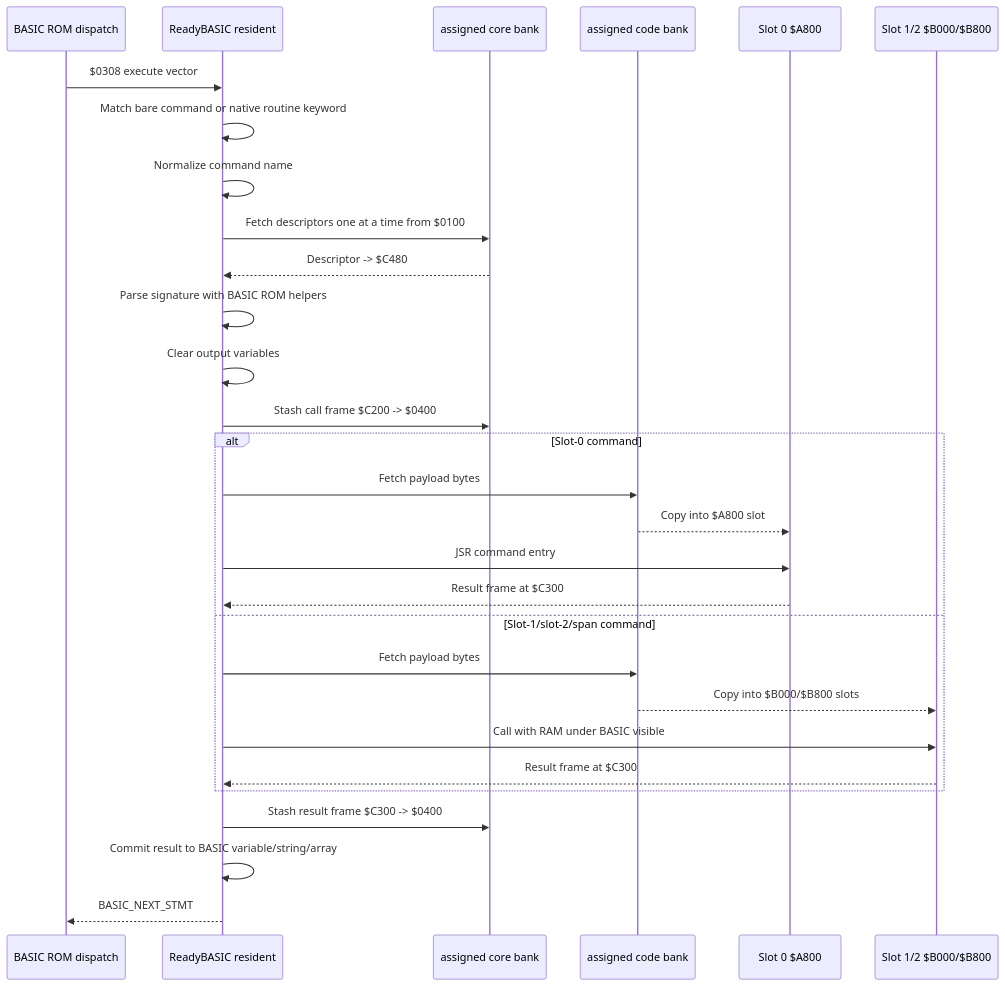
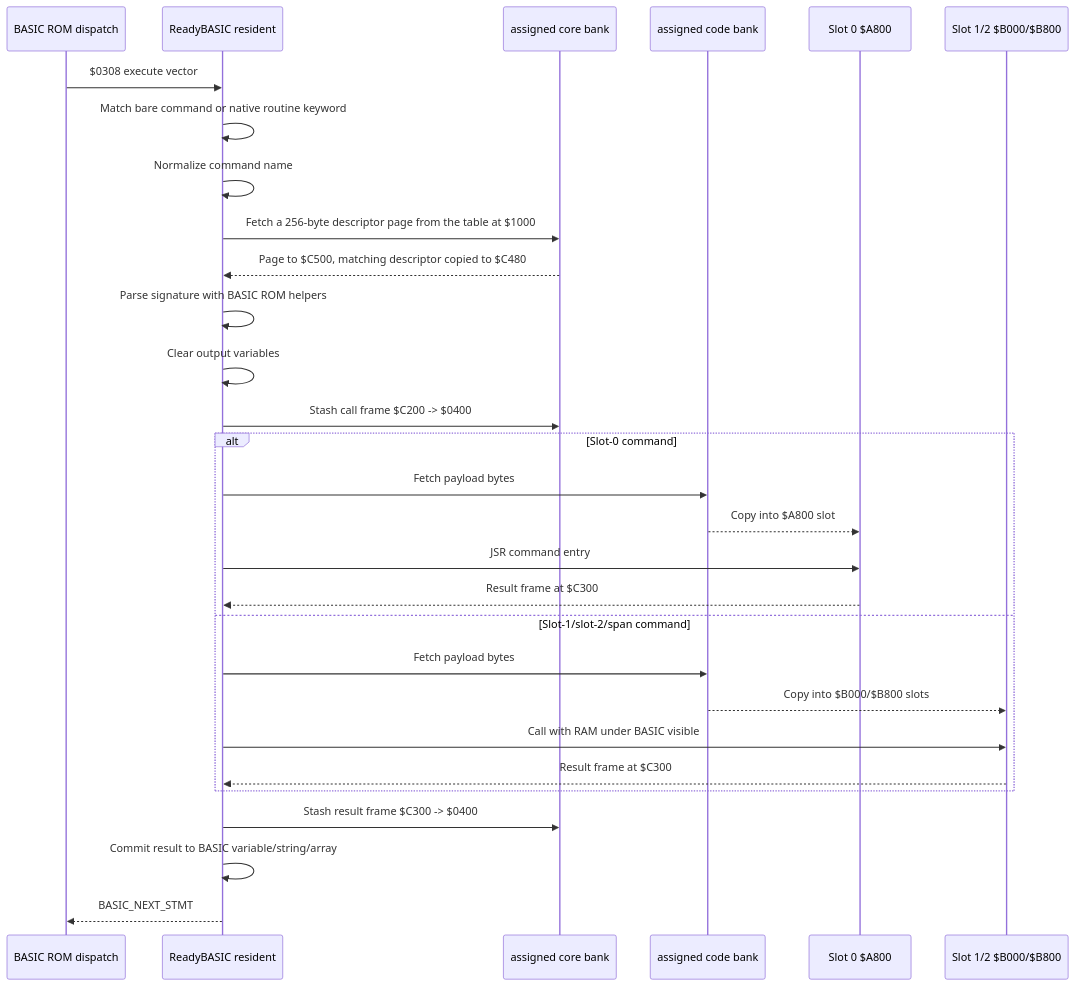
The sixth of 7 diagrams in src/apps/readybasic/READYBASIC_LIFECYCLE_AND_REU_ARCHITECTURE.md (ReadyOS-C64/ReadyOs), drawn with Mermaid before and after one commit. The commit also changed other lines of this file and 31 other files, not shown here.

````diff
--- a/src/apps/readybasic/READYBASIC_LIFECYCLE_AND_REU_ARCHITECTURE.md
+++ b/src/apps/readybasic/READYBASIC_LIFECYCLE_AND_REU_ARCHITECTURE.md
@@ -566,32 +513,32 @@
 ```mermaid
 sequenceDiagram
   participant BASIC as BASIC ROM dispatch
   participant RES as ReadyBASIC resident
   participant R44 as assigned core bank
   participant R45 as assigned code bank
   participant LOW as Slot 0 $A800
   participant HID as Slot 1/2 $B000/$B800
 
   BASIC->>RES: $0308 execute vector
   RES->>RES: Match bare command or native routine keyword
   RES->>RES: Normalize command name
-  RES->>R44: Fetch descriptors one at a time from $0100
-  R44-->>RES: Descriptor -> $C480
+  RES->>R44: Fetch a 256-byte descriptor page from the table at $1000
+  R44-->>RES: Page to $C500, matching descriptor copied to $C480
   RES->>RES: Parse signature with BASIC ROM helpers
   RES->>RES: Clear output variables
   RES->>R44: Stash call frame $C200 -> $0400
   alt Slot-0 command
     RES->>R45: Fetch payload bytes
     R45-->>LOW: Copy into $A800 slot
     RES->>LOW: JSR command entry
     LOW-->>RES: Result frame at $C300
   else Slot-1/slot-2/span command
     RES->>R45: Fetch payload bytes
     R45-->>HID: Copy into $B000/$B800 slots
     RES->>HID: Call with RAM under BASIC visible
     HID-->>RES: Result frame at $C300
   end
   RES->>R44: Stash result frame $C300 -> $0400
   RES->>RES: Commit result to BASIC variable/string/array
   RES-->>BASIC: BASIC_NEXT_STMT
 ```
````
